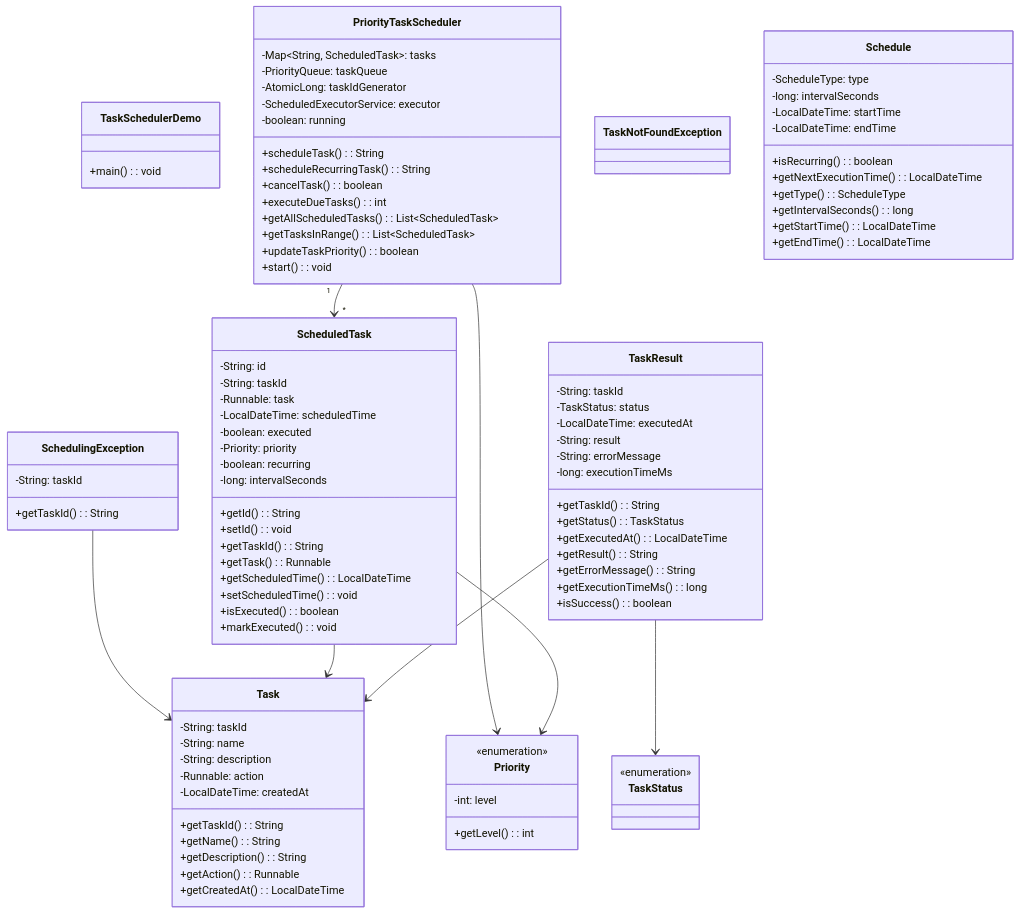
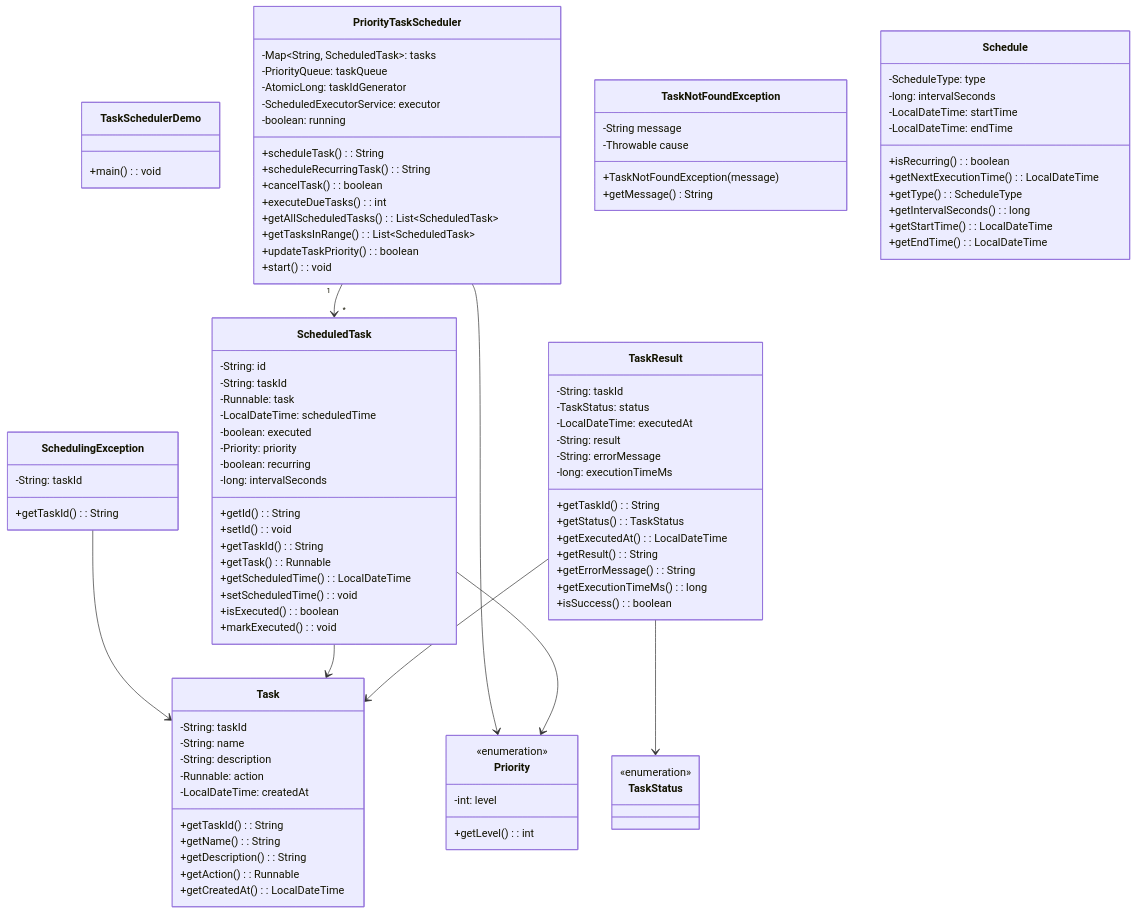
Before and after one commit to dlkr18/lld-playbook: the diagram in docs/problems/taskscheduler/README.md, drawn with Mermaid. The commit also changed 2 other files, not shown here.

Commit message:
fix: add content to last 2 empty classes (Language, TaskNotFoundException)

```diff
--- a/docs/problems/taskscheduler/README.md
+++ b/docs/problems/taskscheduler/README.md
@@ -132,6 +132,10 @@
     }
 
     class TaskNotFoundException {
+        -String message
+        -Throwable cause
+        +TaskNotFoundException(message)
+        +getMessage() String
     }
 
     class Schedule {
```
